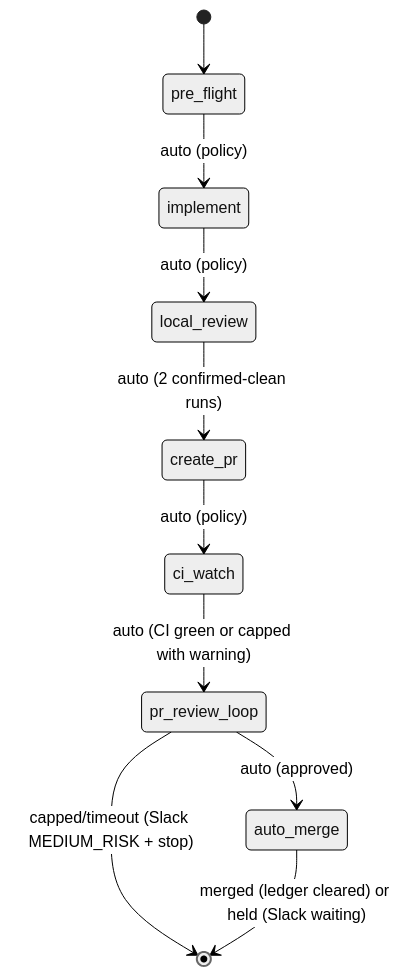
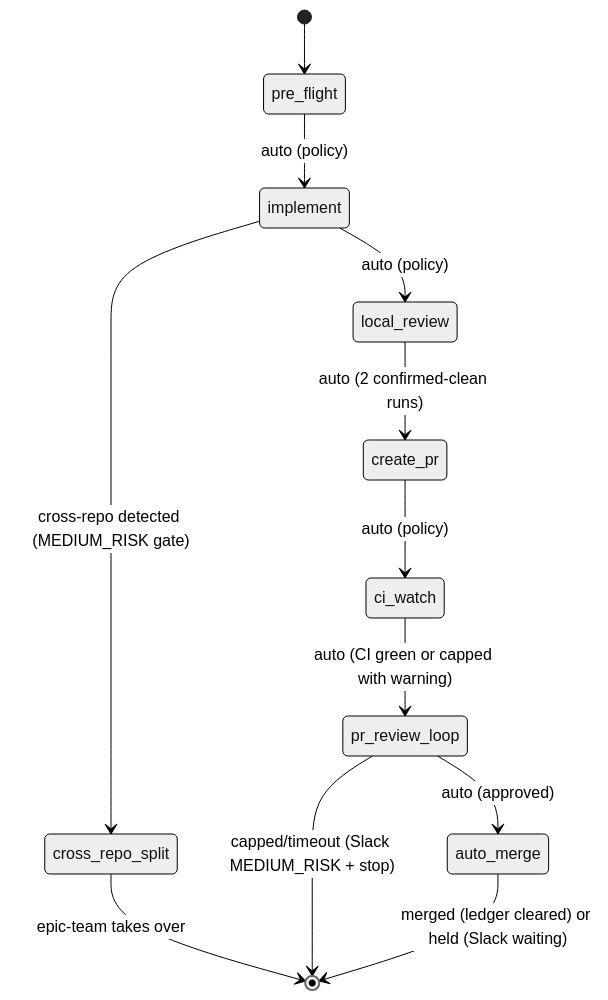
One commit to OmniNode-ai/omniclaude changed the diagram in plugins/onex/skills/ticket-pipeline/SKILL.md. Above: the diagram before and after it, drawn with Mermaid (neutral theme). The commit also changed other lines of this file, not shown here.

First line of the commit message:
feat(ticket-pipeline): cross-repo auto-split via decompose-epic instead of hard-stop [OMN-2531]

````diff
--- a/plugins/onex/skills/ticket-pipeline/SKILL.md
+++ b/plugins/onex/skills/ticket-pipeline/SKILL.md
@@ -55,12 +58,14 @@
 ```mermaid
 stateDiagram-v2
     [*] --> pre_flight
     pre_flight --> implement : auto (policy)
     implement --> local_review : auto (policy)
+    implement --> cross_repo_split : cross-repo detected (MEDIUM_RISK gate)
+    cross_repo_split --> [*] : epic-team takes over
     local_review --> create_pr : auto (2 confirmed-clean runs)
     create_pr --> ci_watch : auto (policy)
     ci_watch --> pr_review_loop : auto (CI green or capped with warning)
     pr_review_loop --> auto_merge : auto (approved)
     pr_review_loop --> [*] : capped/timeout (Slack MEDIUM_RISK + stop)
     auto_merge --> [*] : merged (ledger cleared) or held (Slack waiting)
 ```
````
